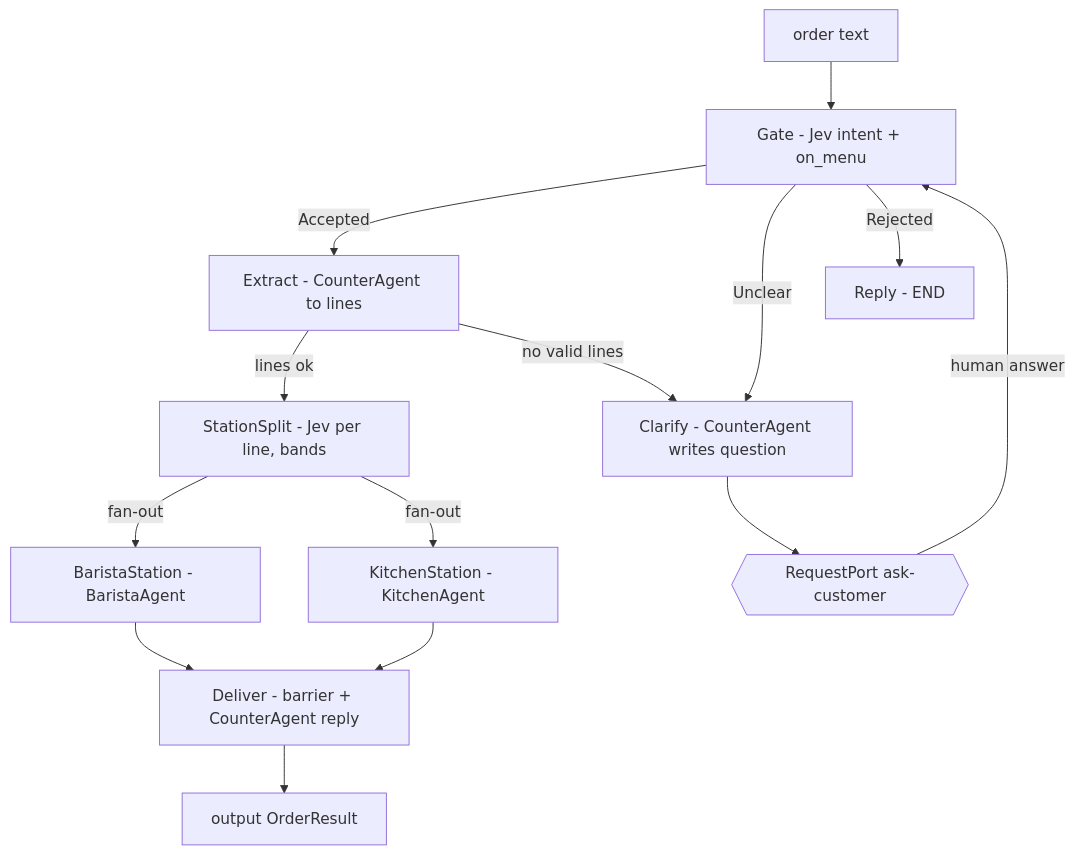
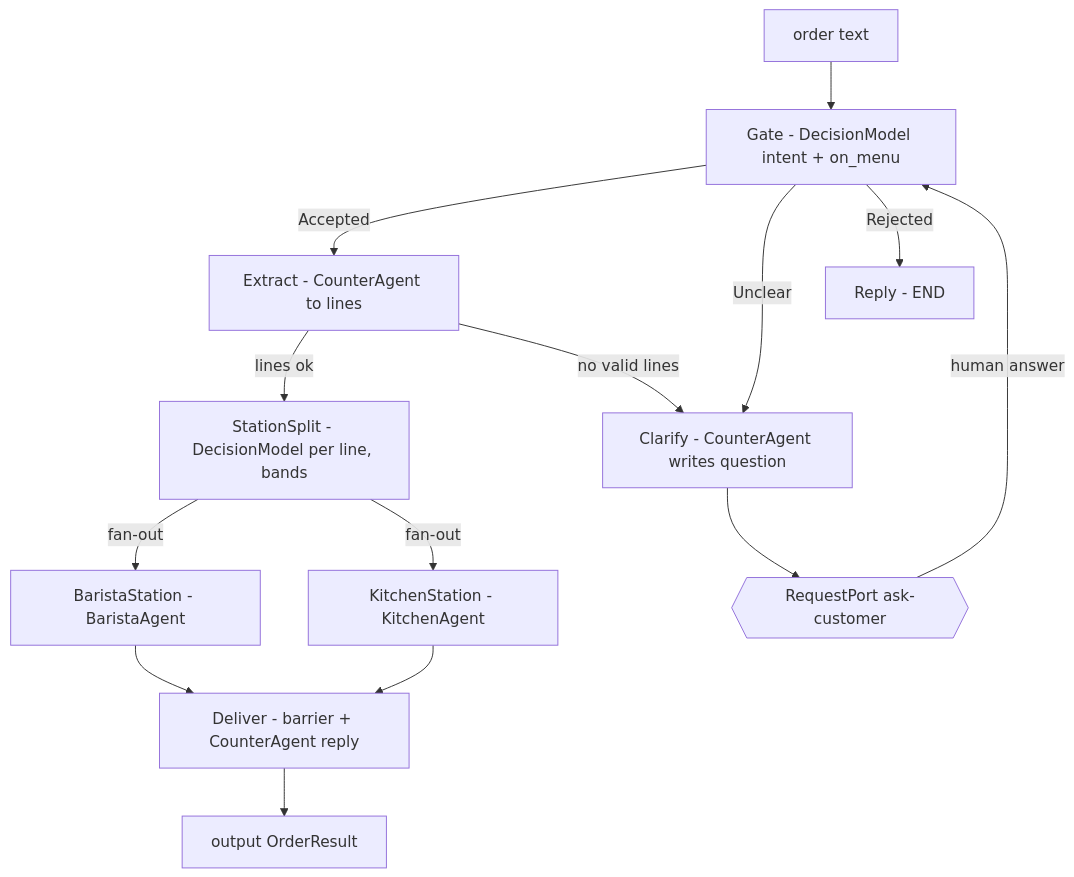
The second of 4 diagrams in coffeeshop-jev/README.md (thangchung/agent-engineering-experiment), drawn with Mermaid before and after one commit. The commit also changed other lines of this file and 119 other files, not shown here.

Commit message:
feat: add more decision models like typesafe's jev, laya, microsoft decision 1

````diff
--- a/coffeeshop-jev/README.md
+++ b/coffeeshop-jev/README.md
@@ -31,16 +34,16 @@
 ```mermaid
 flowchart TD
-    IN["order text"] --> G["Gate - Jev intent + on_menu"]
+    IN["order text"] --> G["Gate - DecisionModel intent + on_menu"]
     G -->|"Accepted"| X["Extract - CounterAgent to lines"]
     G -->|"Unclear"| Q["Clarify - CounterAgent writes question"]
     G -->|"Rejected"| R["Reply - END"]
-    X -->|"lines ok"| S["StationSplit - Jev per line, bands"]
+    X -->|"lines ok"| S["StationSplit - DecisionModel per line, bands"]
     X -->|"no valid lines"| Q
     Q --> H{{"RequestPort ask-customer"}}
     H -->|"human answer"| G
     S -->|"fan-out"| BS["BaristaStation - BaristaAgent"]
     S -->|"fan-out"| KS["KitchenStation - KitchenAgent"]
     BS --> A["Deliver - barrier + CounterAgent reply"]
     KS --> A
     A --> OUT["output OrderResult"]
 ```
````
